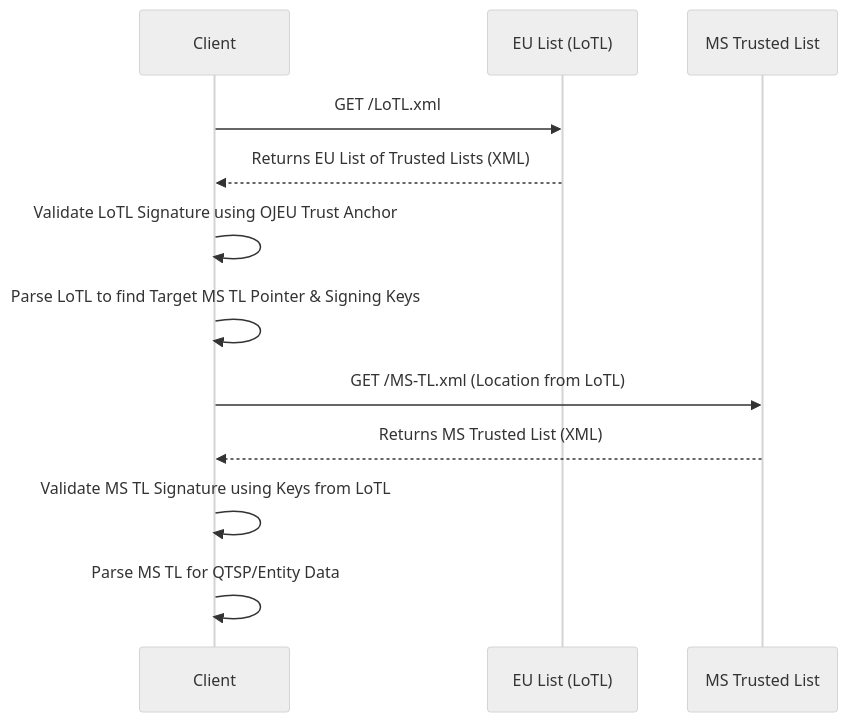
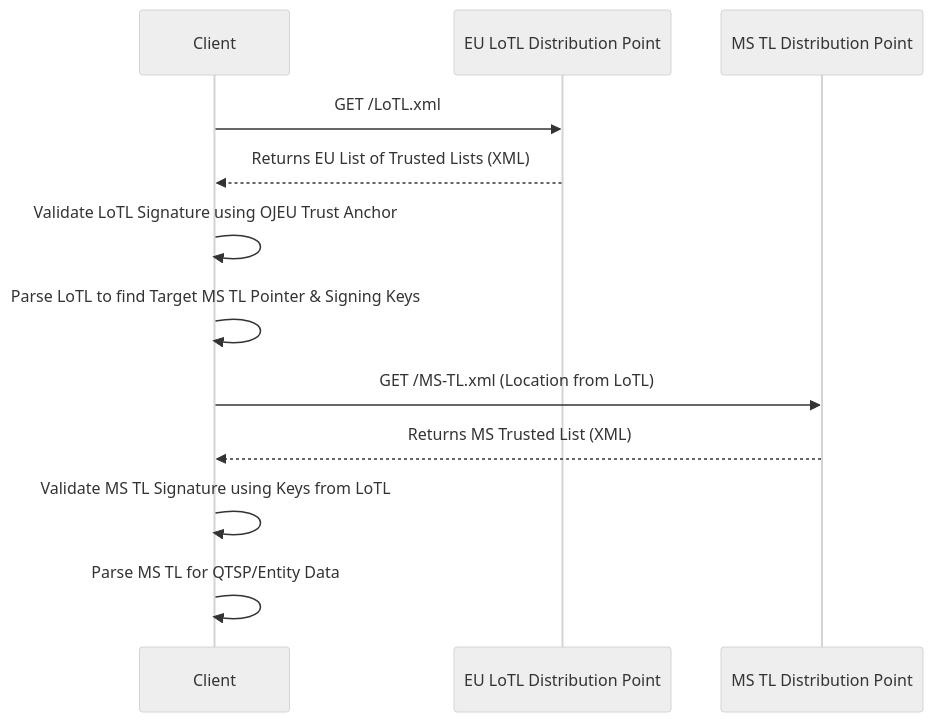
The third of 3 diagrams in topics/trust-evaluation-process-authentication.md (APTITUDE-Consortium/wp2-trust-specifications), drawn with Mermaid (neutral theme) before and after one commit. The commit also changed other lines of this file, not shown here.

````diff
--- a/topics/trust-evaluation-process-authentication.md
+++ b/topics/trust-evaluation-process-authentication.md
@@ -380,16 +380,16 @@
 ```mermaid
 sequenceDiagram
     participant Client
-    participant EU_API as EU List (LoTL)
-    participant MS_Repo as MS Trusted List
+    participant EU_API as EU LoTL Distribution Point
+    participant MS_Repo as MS TL Distribution Point
 
     Client->>EU_API: GET /LoTL.xml
     EU_API-->>Client: Returns EU List of Trusted Lists (XML)
     Client->>Client: Validate LoTL Signature using OJEU Trust Anchor
     Client->>Client: Parse LoTL to find Target MS TL Pointer & Signing Keys
     
     Client->>MS_Repo: GET /MS-TL.xml (Location from LoTL)
     MS_Repo-->>Client: Returns MS Trusted List (XML)
     Client->>Client: Validate MS TL Signature using Keys from LoTL
     Client->>Client: Parse MS TL for QTSP/Entity Data
 ```
````
